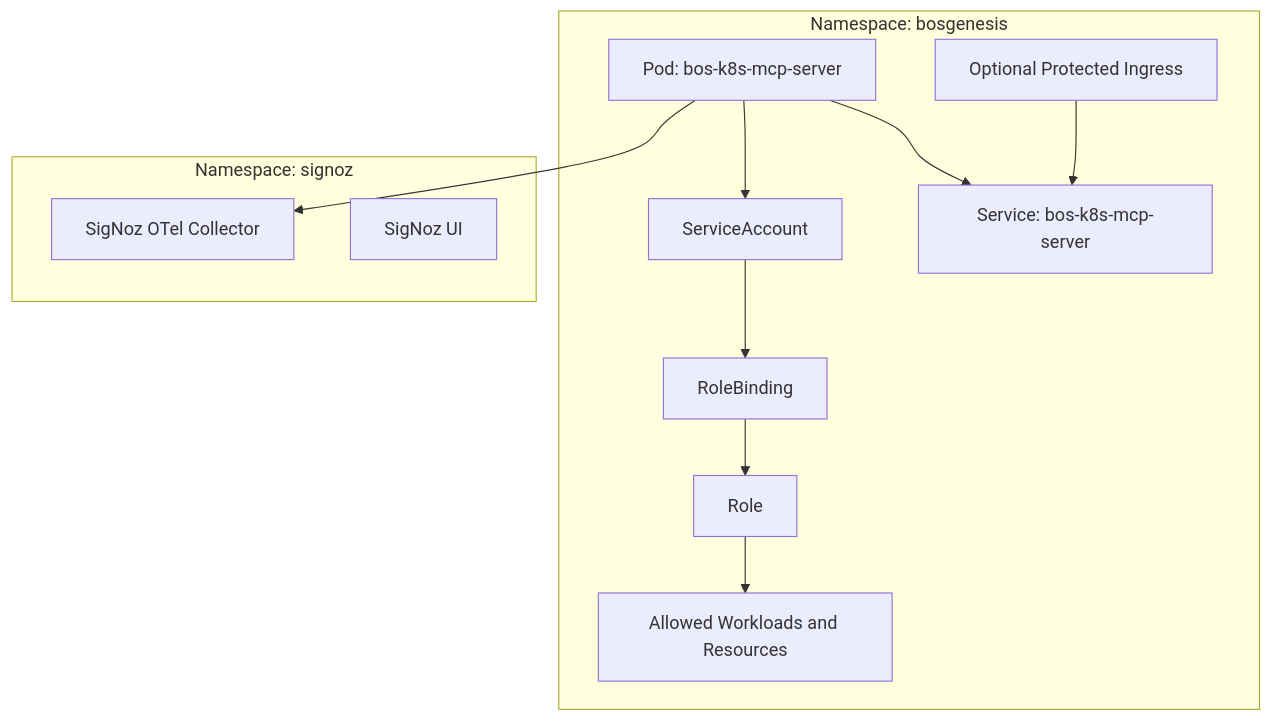
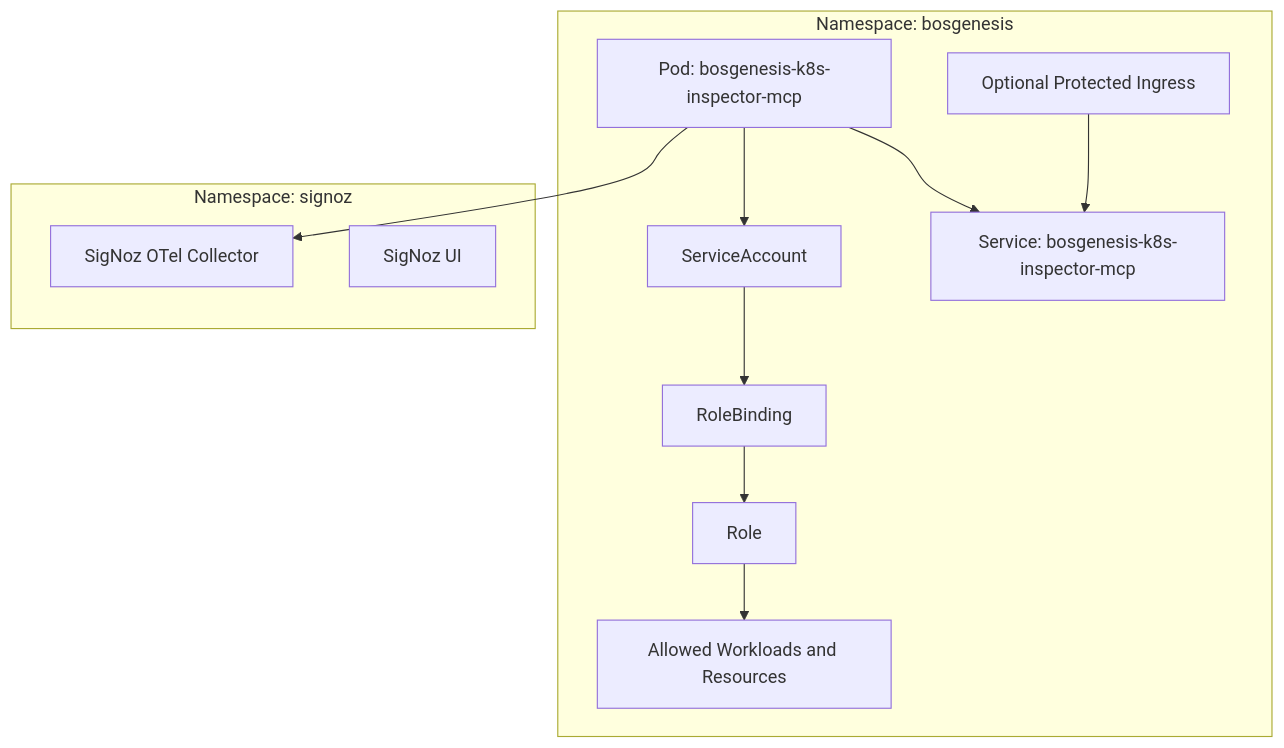
The seventh of 7 diagrams in knowledge-base/DESIGN.md (aveeshek/bosgenesis-k8s-inspector-mcp), drawn with Mermaid before and after one commit. The commit also changed other lines of this file and 13 other files, not shown here.

````diff
--- a/knowledge-base/DESIGN.md
+++ b/knowledge-base/DESIGN.md
@@ -593,26 +659,26 @@
 ```mermaid
 flowchart TB
     subgraph BOS[Namespace: bosgenesis]
-        MCPPod[Pod: bos-k8s-mcp-server]
-        MCPSvc[Service: bos-k8s-mcp-server]
+        MCPPod[Pod: bosgenesis-k8s-inspector-mcp]
+        MCPSvc[Service: bosgenesis-k8s-inspector-mcp]
         MCPIng[Optional Protected Ingress]
         SA[ServiceAccount]
         Role[Role]
         RB[RoleBinding]
 
         MCPPod --> MCPSvc
         MCPIng --> MCPSvc
         MCPPod --> SA
         SA --> RB
         RB --> Role
 
         Role --> Workloads[Allowed Workloads and Resources]
     end
 
     subgraph SIG[Namespace: signoz]
         Collector[SigNoz OTel Collector]
         SigNoz[SigNoz UI]
     end
 
     MCPPod --> Collector
 ```
````
